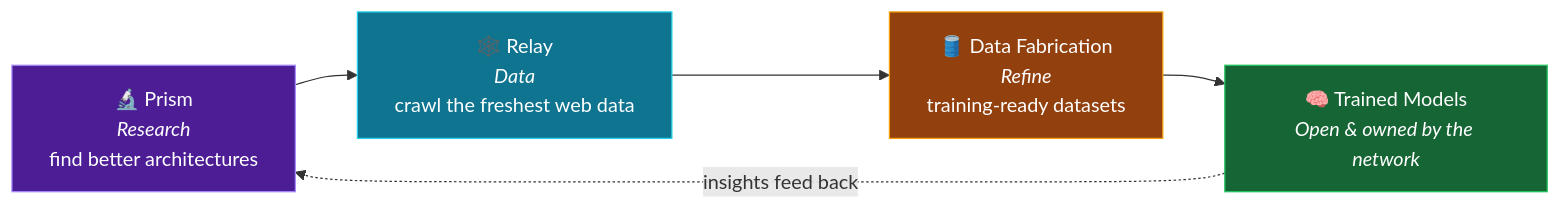
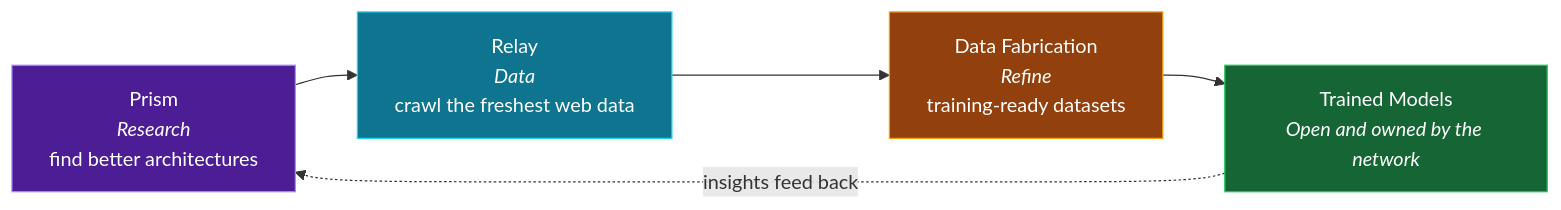
The third of 3 diagrams in profile/README.md (BaseIntelligence/.github), drawn with Mermaid before and after one commit. The commit also changed other lines of this file, not shown here.

````diff
--- a/profile/README.md
+++ b/profile/README.md
@@ -123,15 +123,15 @@
 ```mermaid
 flowchart LR
-    P["🔬 Prism<br/><i>Research</i><br/>find better architectures"]
-    R["🕸️ Relay<br/><i>Data</i><br/>crawl the freshest web data"]
-    D["🛢️ Data Fabrication<br/><i>Refine</i><br/>training-ready datasets"]
-    T["🧠 Trained Models<br/><i>Open & owned by the network</i>"]
+    P["Prism<br/><i>Research</i><br/>find better architectures"]
+    R["Relay<br/><i>Data</i><br/>crawl the freshest web data"]
+    D["Data Fabrication<br/><i>Refine</i><br/>training-ready datasets"]
+    T["Trained Models<br/><i>Open and owned by the network</i>"]
 
     P --> R --> D --> T
     T -. "insights feed back" .-> P
 
     style P fill:#4c1d95,stroke:#a78bfa,color:#fff
     style R fill:#0e7490,stroke:#22d3ee,color:#fff
     style D fill:#92400e,stroke:#f59e0b,color:#fff
     style T fill:#166534,stroke:#22c55e,color:#fff
 ```
````
